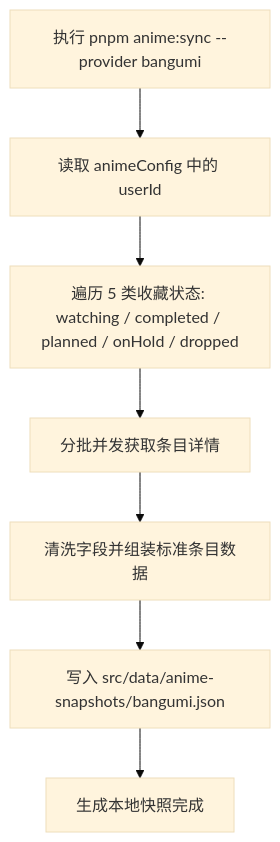
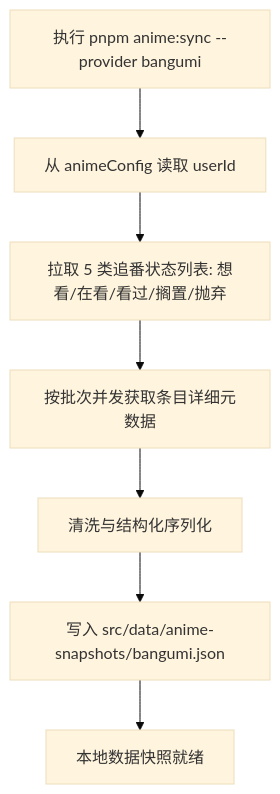
One commit to LyraVoid/Shirone-Docs changed the diagram in docs/guide/api/user/bangumi/README.md. Above: the diagram before and after it, drawn with Mermaid (base theme). The commit also changed 7 other files, not shown here.

````diff
--- a/docs/guide/api/user/bangumi/README.md
+++ b/docs/guide/api/user/bangumi/README.md
@@ -109,9 +109,9 @@
 ```mermaid
-graph TD
-    A[执行 pnpm anime:sync --provider bangumi] --> B[读取 animeConfig 中的 userId]
-    B --> C[遍历 5 类收藏状态: watching / completed / planned / onHold / dropped]
-    C --> D[分批并发获取条目详情]
-    D --> E[清洗字段并组装标准条目数据]
-    E --> F[写入 src/data/anime-snapshots/bangumi.json]
-    F --> G[生成本地快照完成]
+flowchart TD
+    A["执行 pnpm anime:sync --provider bangumi"] --> B["从 animeConfig 读取 userId"]
+    B --> C["拉取 5 类追番状态列表: 想看/在看/看过/搁置/抛弃"]
+    C --> D["按批次并发获取条目详细元数据"]
+    D --> E["清洗与结构化序列化"]
+    E --> F["写入 src/data/anime-snapshots/bangumi.json"]
+    F --> G["本地数据快照就绪"]
 ```
````
